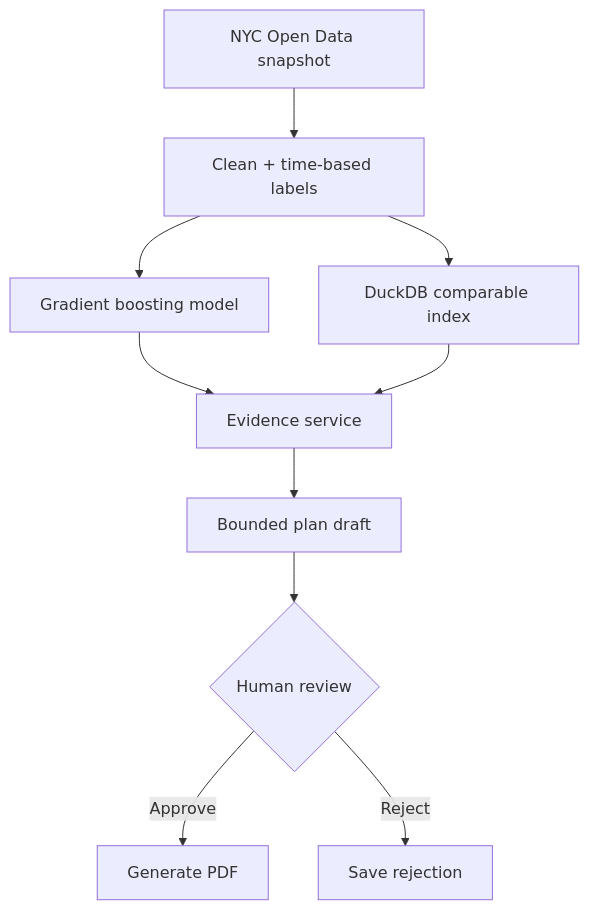
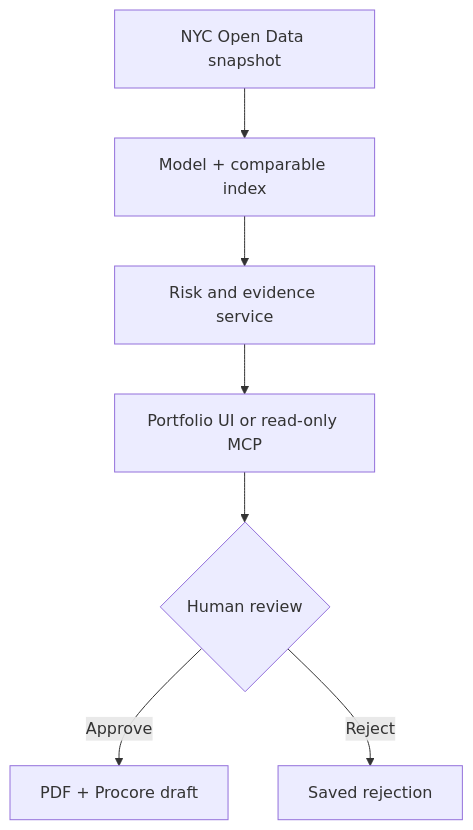
One commit to ivky03/permitpulse-ai changed the diagram in README.md. Above: the diagram before and after it, drawn with Mermaid. The commit also changed other lines of this file and 28 other files, not shown here.

Commit message:
stage 7-9: add portfolio MCP and public demo release

````diff
--- a/README.md
+++ b/README.md
@@ -17,12 +38,9 @@
 ```mermaid
 flowchart TD
-    A["NYC Open Data snapshot"] --> B["Clean + time-based labels"]
-    B --> C["Gradient boosting model"]
-    B --> D["DuckDB comparable index"]
-    C --> E["Evidence service"]
-    D --> E
-    E --> F["Bounded plan draft"]
-    F --> G{"Human review"}
-    G -->|Approve| H["Generate PDF"]
-    G -->|Reject| I["Save rejection"]
+    A["NYC Open Data snapshot"] --> B["Model + comparable index"]
+    B --> C["Risk and evidence service"]
+    C --> D["Portfolio UI or read-only MCP"]
+    D --> E{"Human review"}
+    E -->|Approve| F["PDF + Procore draft"]
+    E -->|Reject| G["Saved rejection"]
 ```
````
